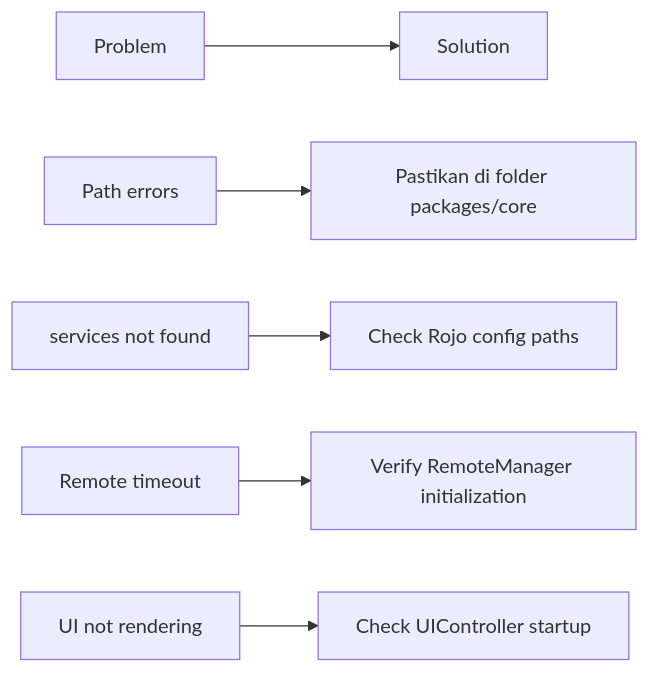
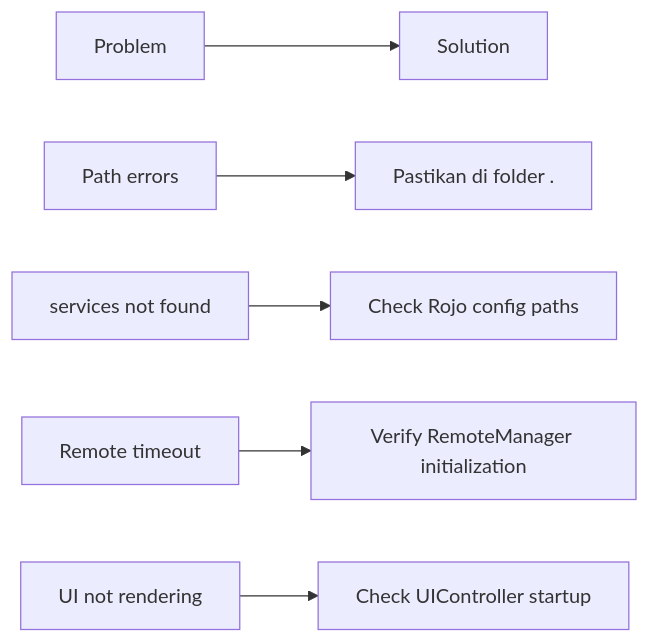
The fifth of 5 diagrams in docs/id/SETUP_GUIDE.md (ovhlstudio/ovhl-roblox), drawn with Mermaid before and after one commit. The commit also changed other lines of this file and 24 other files, not shown here.

````diff
--- a/docs/id/SETUP_GUIDE.md
+++ b/docs/id/SETUP_GUIDE.md
@@ -202,9 +202,9 @@
 ```mermaid
 graph LR
     A[Problem] --> B[Solution]
 
-    A1[Path errors] --> B1[Pastikan di folder packages/core]
+    A1[Path errors] --> B1[Pastikan di folder .]
     A2[services not found] --> B2[Check Rojo config paths]
     A3[Remote timeout] --> B3[Verify RemoteManager initialization]
     A4[UI not rendering] --> B4[Check UIController startup]
 ```
````
